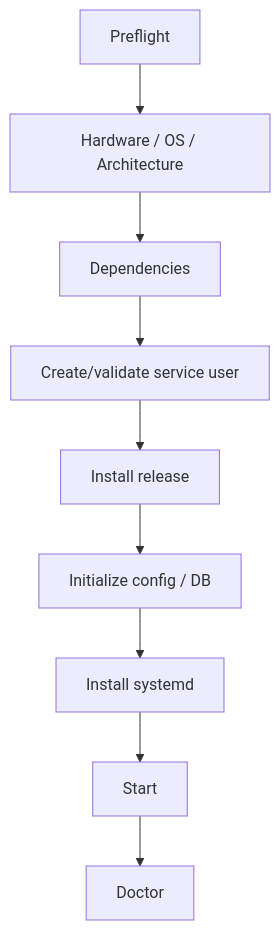
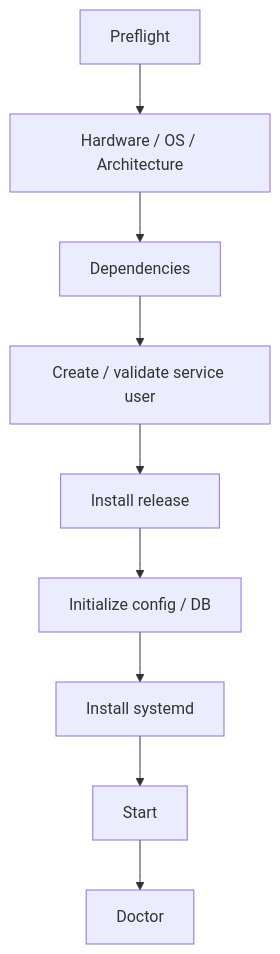
Before and after one commit to yorologo/Local-miniMCP: the eighth of 12 diagrams in README.md, drawn with Mermaid. The commit also changed other lines of this file and 8 other files, not shown here.

````diff
--- a/README.md
+++ b/README.md
@@ -899,11 +837,11 @@
 ```mermaid
 flowchart TD
     P[Preflight] --> H[Hardware / OS / Architecture]
     H --> D[Dependencies]
-    D --> U[Create/validate service user]
+    D --> U[Create / validate service user]
     U --> R[Install release]
     R --> C[Initialize config / DB]
     C --> S[Install systemd]
     S --> START[Start]
     START --> DOC[Doctor]
 ```
````
